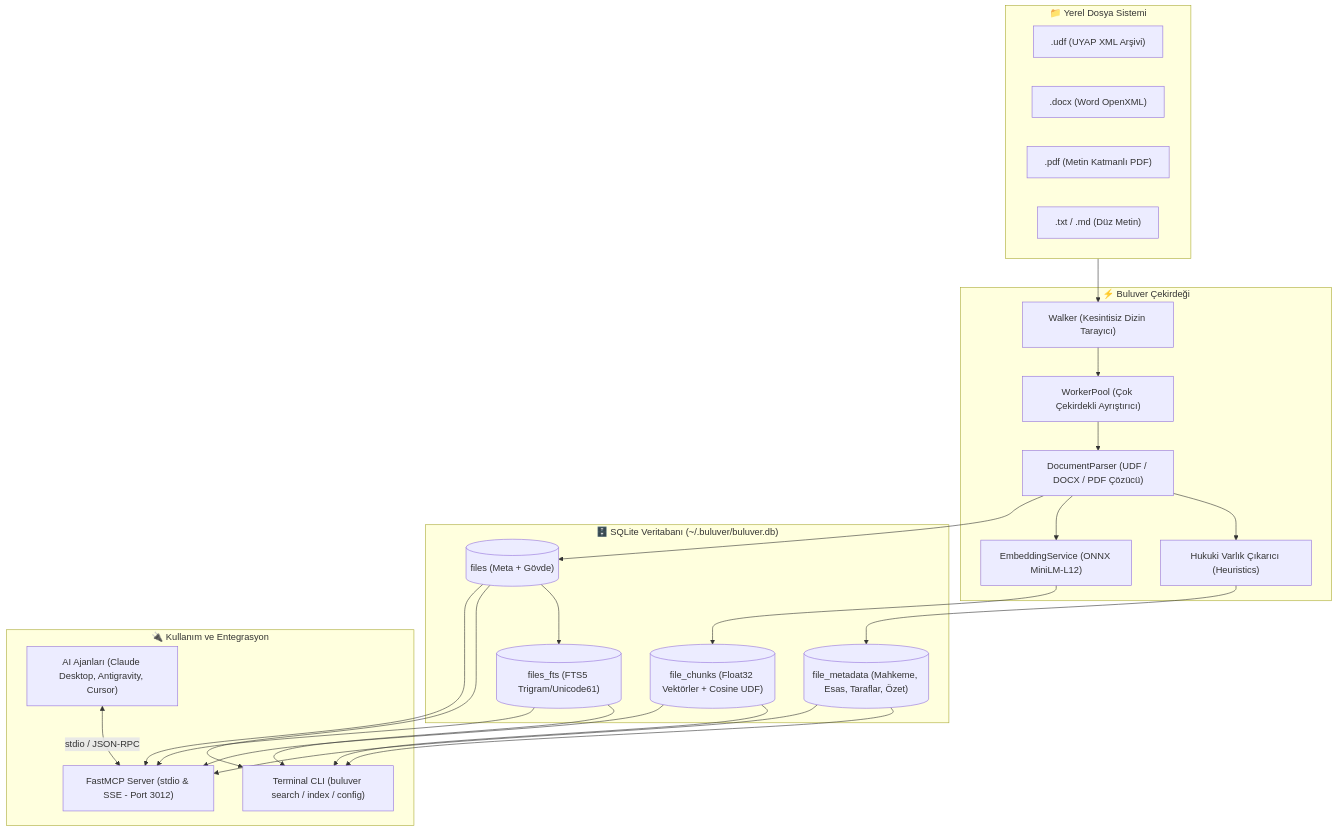
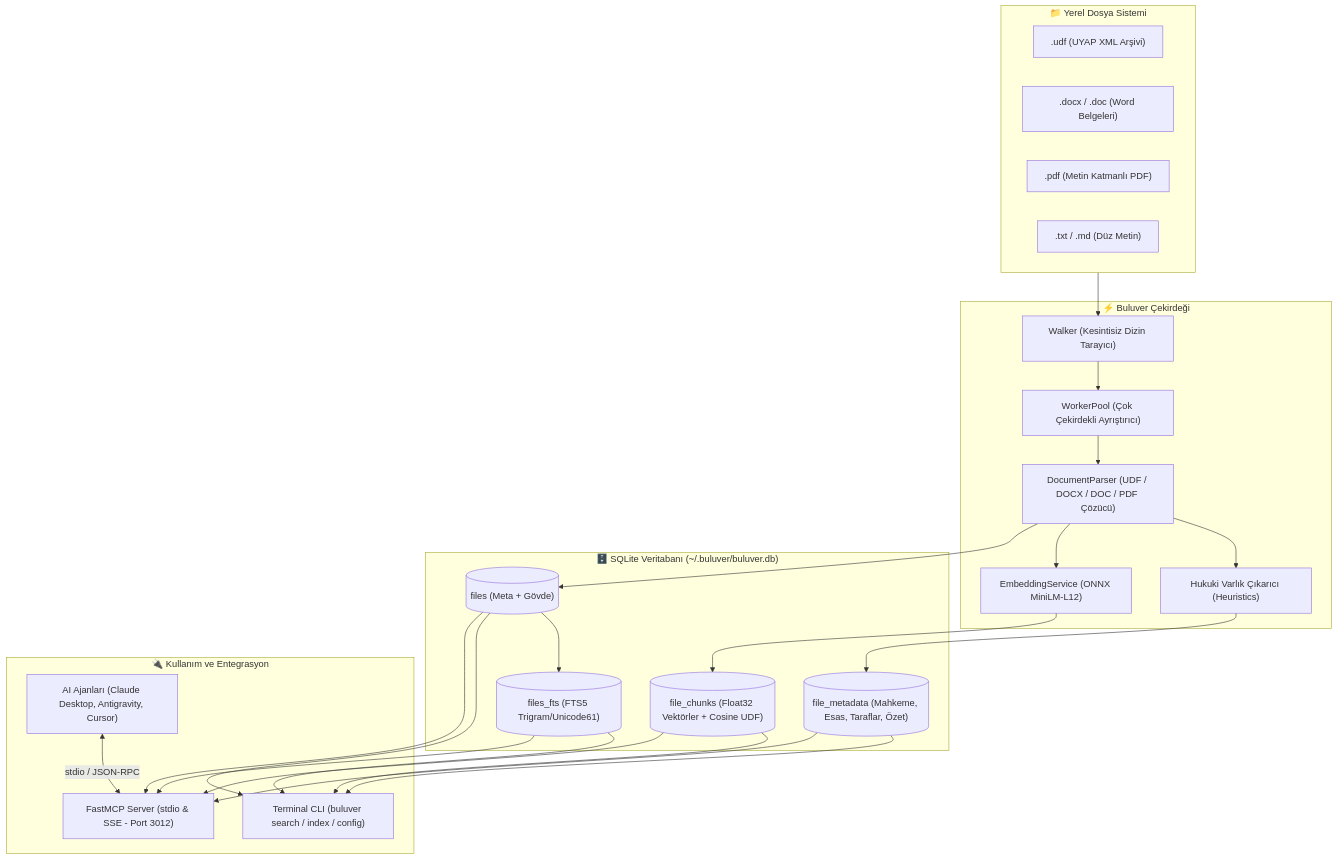
Before and after one commit to murataskin/buluver: the diagram in README.md, drawn with Mermaid. The commit also changed other lines of this file and 8 other files, not shown here.

````diff
--- a/README.md
+++ b/README.md
@@ -29,39 +29,39 @@
 ```mermaid
 flowchart TD
     subgraph Girdiler["📁 Yerel Dosya Sistemi"]
         A1[".udf (UYAP XML Arşivi)"]
-        A2[".docx (Word OpenXML)"]
+        A2[".docx / .doc (Word Belgeleri)"]
         A3[".pdf (Metin Katmanlı PDF)"]
         A4[".txt / .md (Düz Metin)"]
     end
 
     subgraph Tarama["⚡ Buluver Çekirdeği"]
         B["Walker (Kesintisiz Dizin Tarayıcı)"]
         C["WorkerPool (Çok Çekirdekli Ayrıştırıcı)"]
-        D["DocumentParser (UDF / DOCX / PDF Çözücü)"]
+        D["DocumentParser (UDF / DOCX / DOC / PDF Çözücü)"]
         E["Hukuki Varlık Çıkarıcı (Heuristics)"]
         F["EmbeddingService (ONNX MiniLM-L12)"]
     end
 
     subgraph Veritabani["🗄️ SQLite Veritabanı (~/.buluver/buluver.db)"]
         G[("files (Meta + Gövde)")]
         H[("files_fts (FTS5 Trigram/Unicode61)")]
         I[("file_metadata (Mahkeme, Esas, Taraflar, Özet)")]
         J[("file_chunks (Float32 Vektörler + Cosine UDF)")]
     end
 
     subgraph Arayuzler["🔌 Kullanım ve Entegrasyon"]
         K["Terminal CLI (buluver search / index / config)"]
         L["FastMCP Server (stdio & SSE - Port 3012)"]
         M["AI Ajanları (Claude Desktop, Antigravity, Cursor)"]
     end
 
     Girdiler --> B --> C --> D --> E & F
     D --> G --> H
     E --> I
     F --> J
 
     G & H & I & J --> K
     G & H & I & J --> L
     M <-->|stdio / JSON-RPC| L
 ```
````
